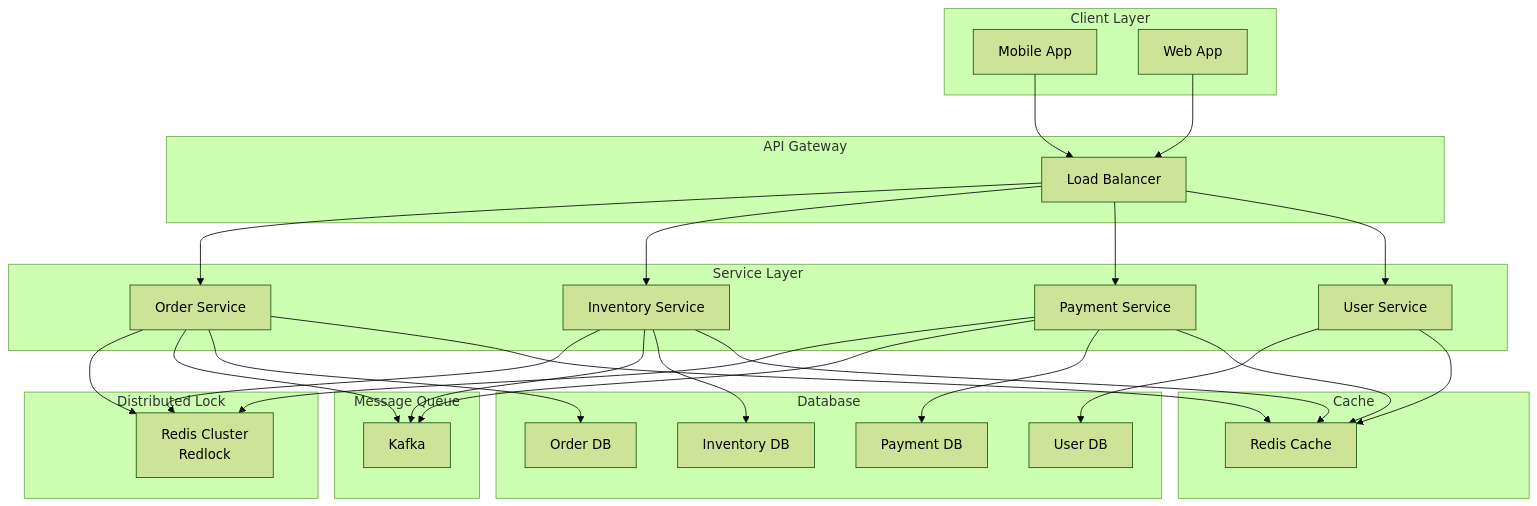
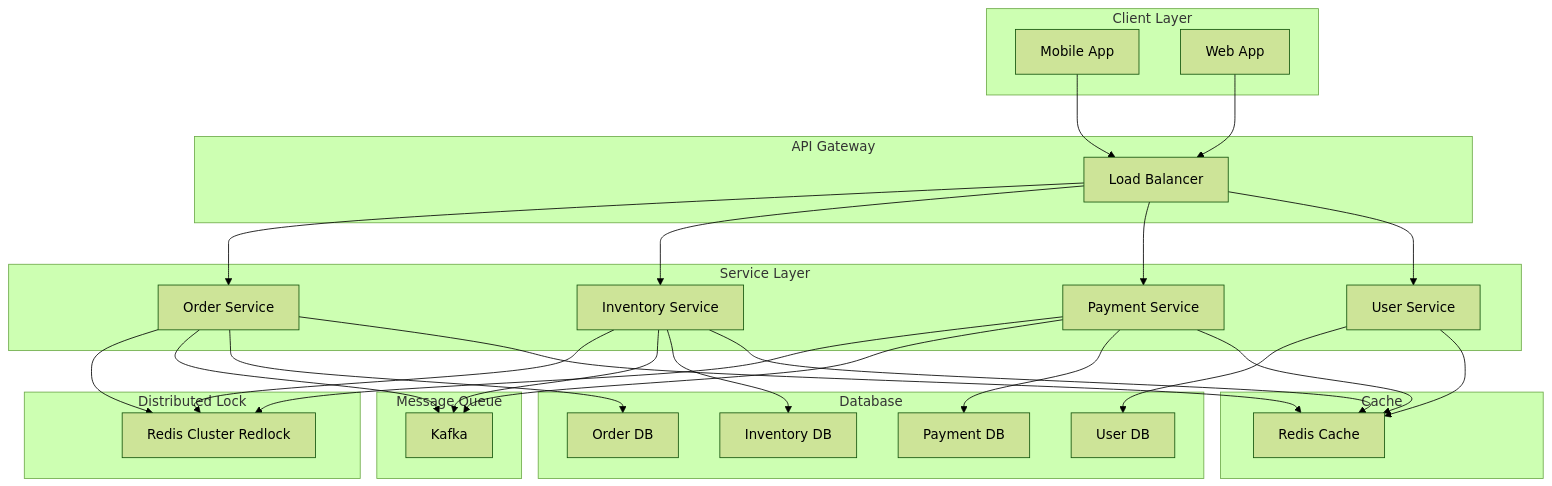
Before and after one commit to p1kmr/for-reading: diagram 26 of 39 in Distributed_Concurrency_Control_Guide.md, drawn with Mermaid (forest theme). The commit also changed other lines of this file and 2 other files, not shown here.

Commit message:
Fix Mermaid rendering issues in Databases and Message Queues guides by simplifying complex diagrams

````diff
--- a/Distributed_Concurrency_Control_Guide.md
+++ b/Distributed_Concurrency_Control_Guide.md
@@ -1524,62 +1524,62 @@
 ```mermaid
 graph TB
     subgraph "Client Layer"
         A[Mobile App]
         B[Web App]
     end
 
     subgraph "API Gateway"
         C[Load Balancer]
     end
 
     subgraph "Service Layer"
         D[Order Service]
         E[Inventory Service]
         F[Payment Service]
         G[User Service]
     end
 
     subgraph "Distributed Lock"
-        H[Redis Cluster<br/>Redlock]
+        H[Redis Cluster Redlock]
     end
 
     subgraph "Message Queue"
         I[Kafka]
     end
 
     subgraph "Database"
         J[Order DB]
         K[Inventory DB]
         L[Payment DB]
         M[User DB]
     end
 
     subgraph "Cache"
         N[Redis Cache]
     end
 
     A --> C
     B --> C
     C --> D
     C --> E
     C --> F
     C --> G
 
     D --> H
     E --> H
     F --> H
 
     D --> I
     E --> I
     F --> I
 
     D --> J
     E --> K
     F --> L
     G --> M
 
     D --> N
     E --> N
     F --> N
     G --> N
 ```
````
